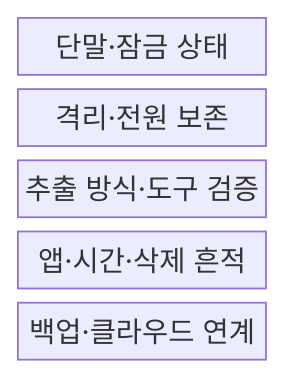
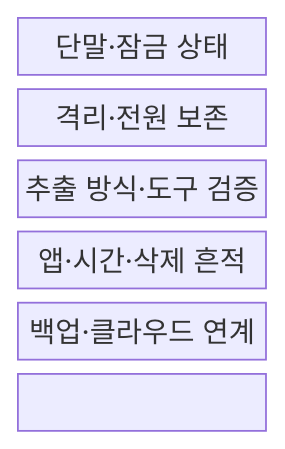
One commit to agnusdei1207/knowledge-base changed the first of 2 diagrams in src/content/docs/notes/05-security/115_mobile_forensics.md. Above: the diagram before and after it, drawn with Mermaid. The commit also changed other lines of this file and 151 other files, not shown here.

````diff
--- a/src/content/docs/notes/05-security/115_mobile_forensics.md
+++ b/src/content/docs/notes/05-security/115_mobile_forensics.md
@@ -55,9 +55,11 @@
 ```mermaid
 block-beta
   columns 1
   S["단말·잠금 상태"]
   P["격리·전원 보존"]
   A["추출 방식·도구 검증"]
   D["앱·시간·삭제 흔적"]
   C["백업·클라우드 연계"]
+  S --- P --- A
+  A --- D --- C
 ```
````
